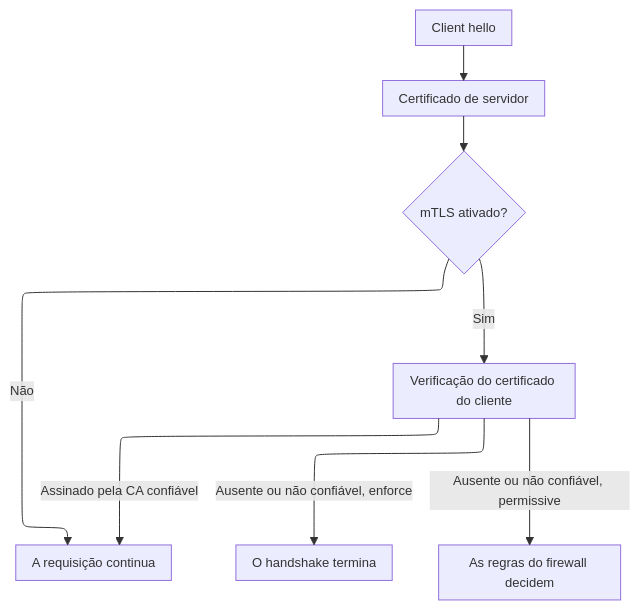
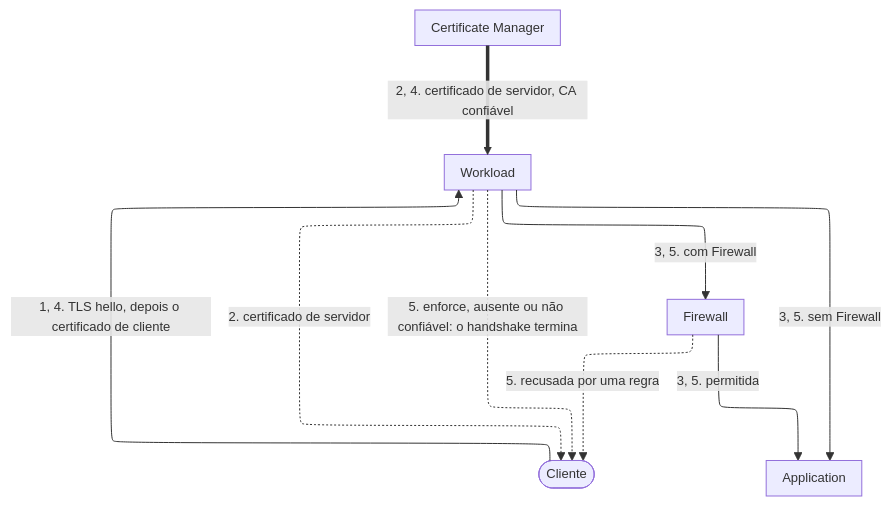
Before and after one commit to aziontech/docs: the third of 5 diagrams in apps/docs/src/content/docs/pt-br/pages/secure/workloads/como-funciona.mdx, drawn with Mermaid. The commit also changed other lines of this file and 76 other files, not shown here.

````diff
--- a/apps/docs/src/content/docs/pt-br/pages/secure/workloads/como-funciona.mdx
+++ b/apps/docs/src/content/docs/pt-br/pages/secure/workloads/como-funciona.mdx
@@ -131,11 +210,17 @@
 ```mermaid
-%%{init: {"layout": "elk", "themeVariables": {"fontSize": "13px"}, "flowchart": {"nodeSpacing": 24, "rankSpacing": 36, "padding": 8, "wrappingWidth": 150, "useMaxWidth": true}, "sequence": {"width": 120, "actorMargin": 30, "useMaxWidth": true}}}%%
+%%{init: {"layout": "elk", "elk": {"cycleBreakingStrategy": "MODEL_ORDER"}, "themeVariables": {"fontSize": "13px"}, "flowchart": {"nodeSpacing": 24, "rankSpacing": 36, "padding": 8, "wrappingWidth": 150, "useMaxWidth": true}, "sequence": {"width": 120, "actorMargin": 30, "useMaxWidth": true}}}%%
 flowchart TD
-  Hello["Client hello"] --> Server["Certificado de servidor"]
-  Server --> Mtls{"mTLS ativado?"}
-  Mtls -->|"Não"| Pass["A requisição continua"]
-  Mtls -->|"Sim"| Check["Verificação do certificado do cliente"]
-  Check -->|"Assinado pela CA confiável"| Pass
-  Check -->|"Ausente ou não confiável, enforce"| End["O handshake termina"]
-  Check -->|"Ausente ou não confiável, permissive"| Rules["As regras do firewall decidem"]
+  Client(["Cliente"])
+  WL["Workload"]
+  CM["Certificate Manager"]
+  FW["Firewall"]
+  App["Application"]
+  Client -->|"1, 4. TLS hello, depois o certificado de cliente"| WL
+  CM ==>|"2, 4. certificado de servidor, CA confiável"| WL
+  WL -.->|"2. certificado de servidor"| Client
+  WL -.->|"5. enforce, ausente ou não confiável: o handshake termina"| Client
+  WL -->|"3, 5. com Firewall"| FW
+  WL -->|"3, 5. sem Firewall"| App
+  FW -->|"3, 5. permitida"| App
+  FW -.->|"5. recusada por uma regra"| Client
 ```
````
